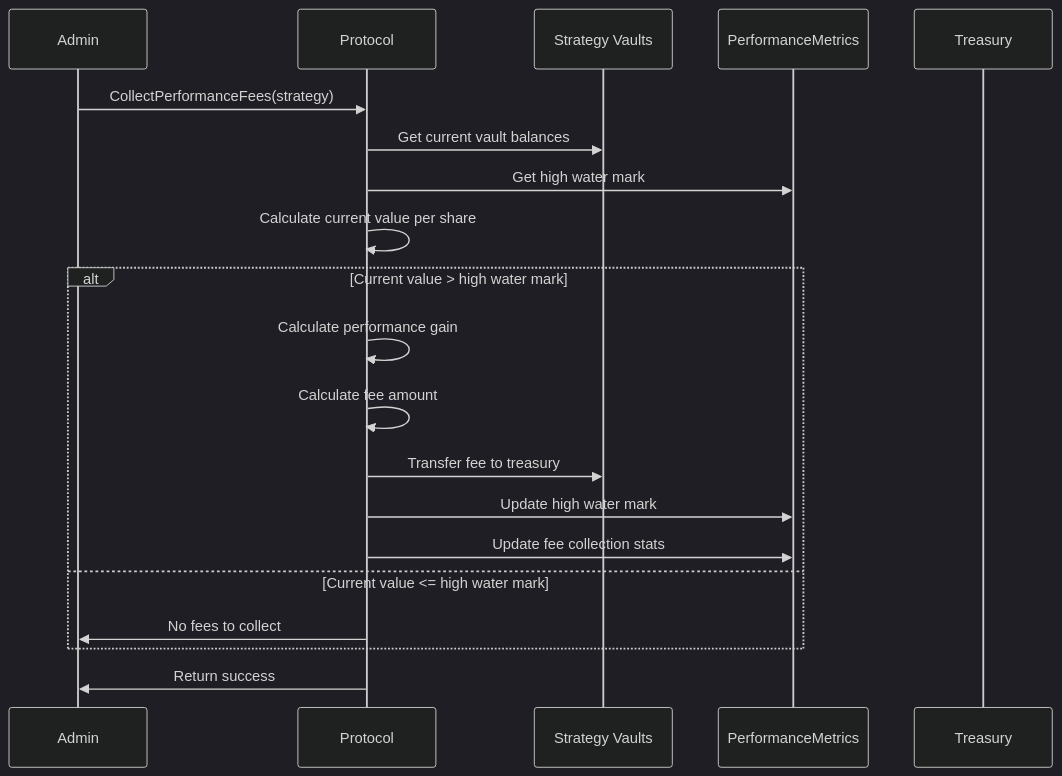
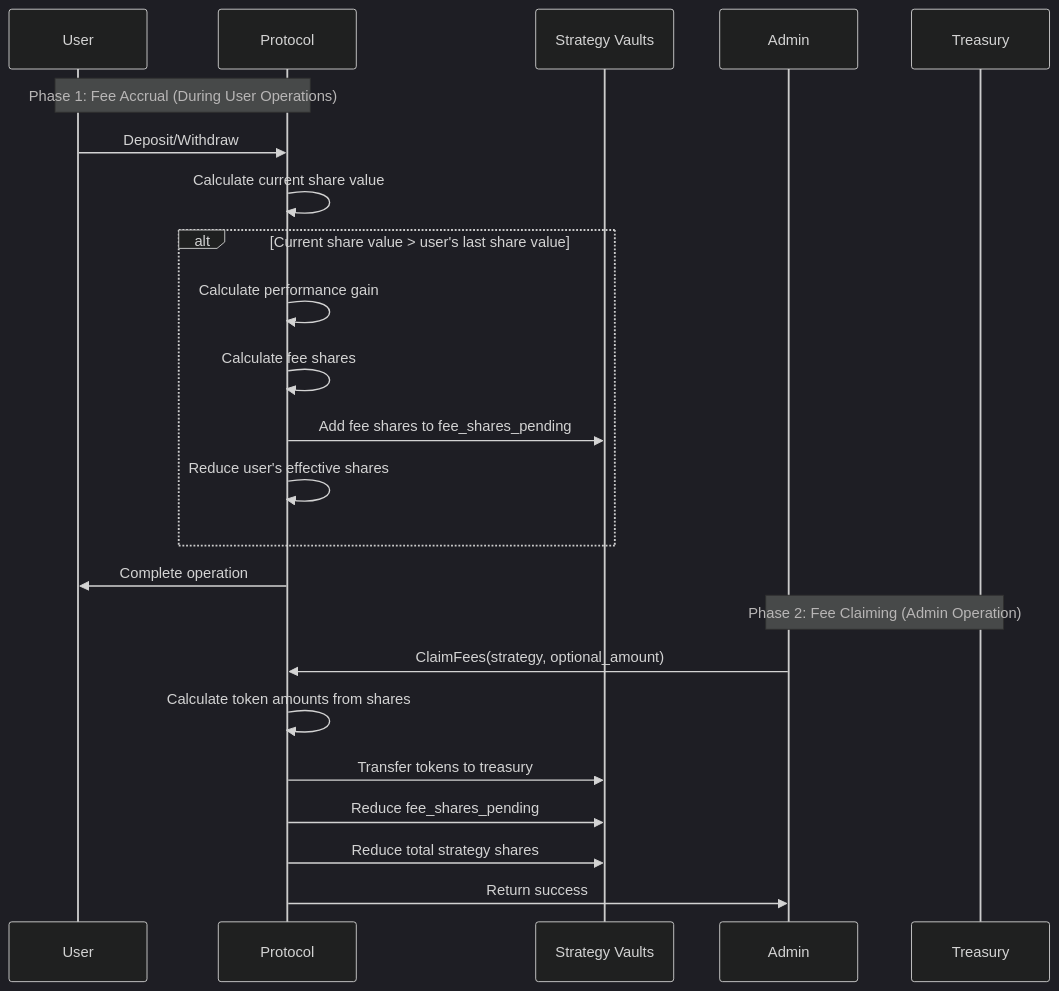
One commit to zenith-trade/maiker-contracts changed the seventh of 8 diagrams in docs/DIAGRAMS.md. Above: the diagram before and after it, drawn with Mermaid (dark theme). The commit also changed other lines of this file and 26 other files, not shown here.

````diff
--- a/docs/DIAGRAMS.md
+++ b/docs/DIAGRAMS.md
@@ -158,22 +158,27 @@
 ```mermaid
 sequenceDiagram
-participant Admin
+participant User
 participant Protocol
 participant Strategy as Strategy Vaults
-participant PerformanceMetrics
+participant Admin
 participant Treasury
-Admin->>Protocol: CollectPerformanceFees(strategy)
-Protocol->>Strategy: Get current vault balances
-Protocol->>PerformanceMetrics: Get high water mark
-Protocol->>Protocol: Calculate current value per share
-alt Current value > high water mark
+
+Note over User,Protocol: Phase 1: Fee Accrual (During User Operations)
+User->>Protocol: Deposit/Withdraw
+Protocol->>Protocol: Calculate current share value
+alt Current share value > user's last share value
 Protocol->>Protocol: Calculate performance gain
-Protocol->>Protocol: Calculate fee amount
-Protocol->>Strategy: Transfer fee to treasury
-Protocol->>PerformanceMetrics: Update high water mark
-Protocol->>PerformanceMetrics: Update fee collection stats
-else Current value <= high water mark
-Protocol->>Admin: No fees to collect
+Protocol->>Protocol: Calculate fee shares
+Protocol->>Strategy: Add fee shares to fee_shares_pending
+Protocol->>Protocol: Reduce user's effective shares
 end
+Protocol->>User: Complete operation
+
+Note over Admin,Treasury: Phase 2: Fee Claiming (Admin Operation)
+Admin->>Protocol: ClaimFees(strategy, optional_amount)
+Protocol->>Protocol: Calculate token amounts from shares
+Protocol->>Strategy: Transfer tokens to treasury
+Protocol->>Strategy: Reduce fee_shares_pending
+Protocol->>Strategy: Reduce total strategy shares
 Protocol->>Admin: Return success
 ```
````
